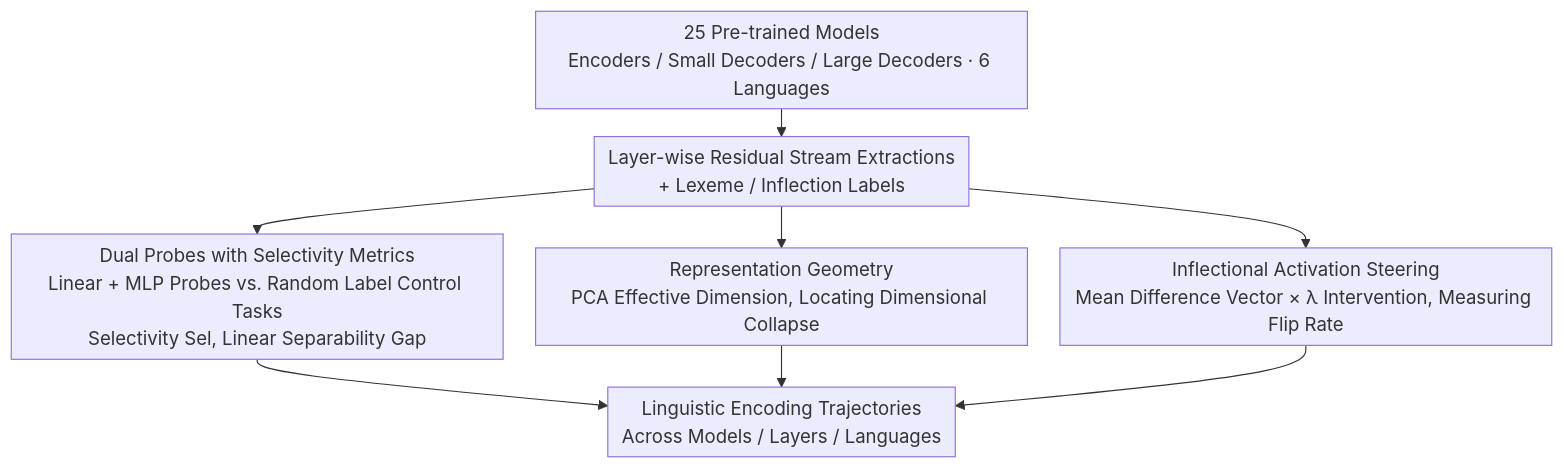
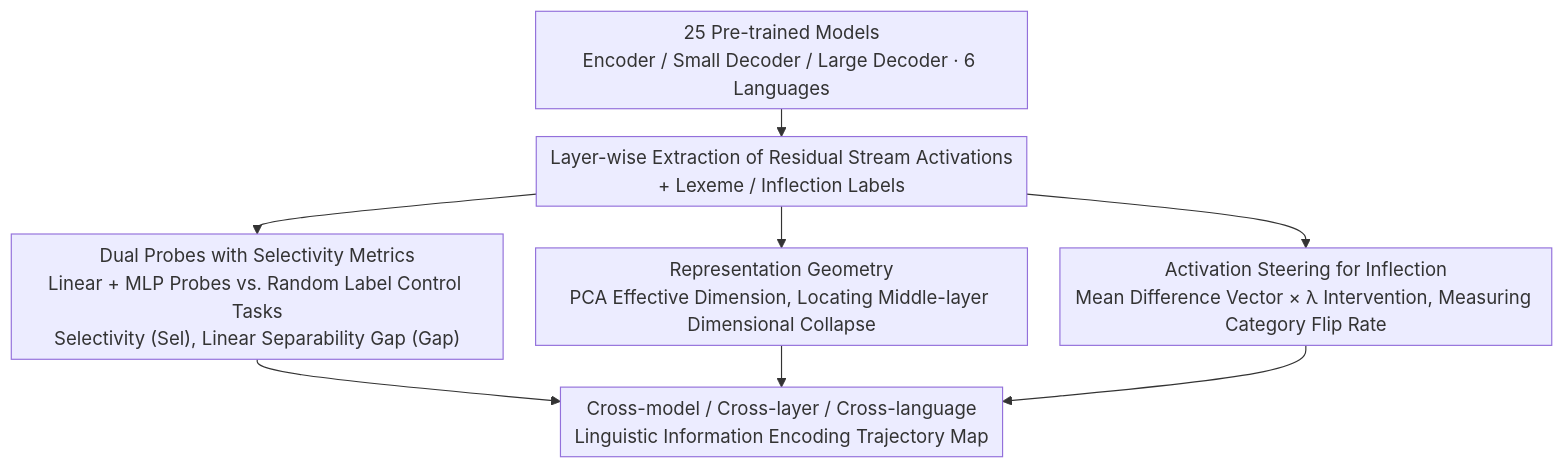
Before and after one commit to zhaoyang97/Paper-Notes-en: the diagram in docs/ACL2026/interpretability/model_internal_sleuthing_finding_lexical_identity_and_inflectional_features_in_m.md, drawn with Mermaid. The commit also changed other lines of this file and 5084 other files, not shown here.

````diff
--- a/docs/ACL2026/interpretability/model_internal_sleuthing_finding_lexical_identity_and_inflectional_features_in_m.md
+++ b/docs/ACL2026/interpretability/model_internal_sleuthing_finding_lexical_identity_and_inflectional_features_in_m.md
@@ -43,11 +43,11 @@
 ```mermaid
 %%{init: {'flowchart': {'rankSpacing': 24, 'nodeSpacing': 28, 'padding': 6, 'wrappingWidth': 400}}}%%
 flowchart TD
-    A["25 Pre-trained Models<br/>Encoders / Small Decoders / Large Decoders · 6 Languages"] --> B["Layer-wise Residual Stream Extractions<br/>+ Lexeme / Inflection Labels"]
-    B --> C["Dual Probes with Selectivity Metrics<br/>Linear + MLP Probes vs. Random Label Control Tasks<br/>Selectivity Sel, Linear Separability Gap"]
-    B --> D["Representation Geometry<br/>PCA Effective Dimension, Locating Dimensional Collapse"]
-    B --> E["Inflectional Activation Steering<br/>Mean Difference Vector × λ Intervention, Measuring Flip Rate"]
-    C --> F["Linguistic Encoding Trajectories<br/>Across Models / Layers / Languages"]
+    A["25 Pre-trained Models<br/>Encoder / Small Decoder / Large Decoder · 6 Languages"] --> B["Layer-wise Extraction of Residual Stream Activations<br/>+ Lexeme / Inflection Labels"]
+    B --> C["Dual Probes with Selectivity Metrics<br/>Linear + MLP Probes vs. Random Label Control Tasks<br/>Selectivity (Sel), Linear Separability Gap (Gap)"]
+    B --> D["Representation Geometry<br/>PCA Effective Dimension, Locating Middle-layer Dimensional Collapse"]
+    B --> E["Activation Steering for Inflection<br/>Mean Difference Vector × λ Intervention, Measuring Category Flip Rate"]
+    C --> F["Cross-model / Cross-layer / Cross-language<br/>Linguistic Information Encoding Trajectory Map"]
     D --> F
     E --> F
 ```
````
